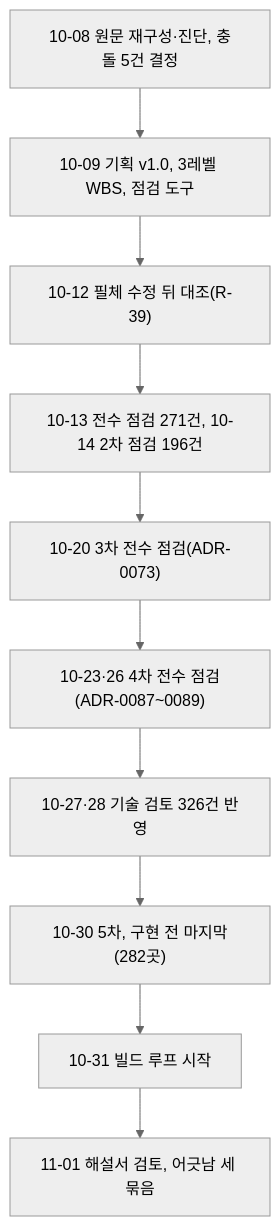
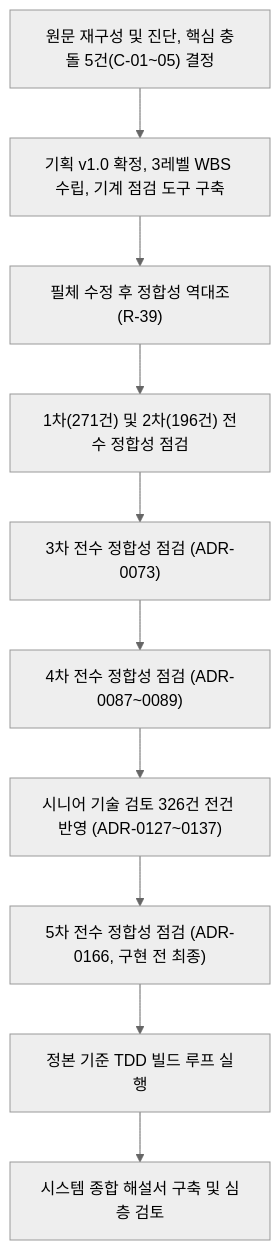
The diagram in docs/walkthrough/fields/23-plans-progress-reviews.md (peaket/peaket), drawn with Mermaid (neutral theme) before and after one commit. The commit also changed other lines of this file and 77 other files, not shown here.

First line of the commit message:
docs(walkthrough): 해설서 개편 커밋 22개를 develop에 합친다: 분야 편·결정 카드·DB 설계 편을 다시 쓴 docs/walkthrough-revamp 가지를 커밋 하나로 넣고, 충돌 난 D-02와 분야 편 9에 ADR-0243의 RB-05 건너뛰기 42만을 반영한다(R-436, ADR-0177, 소유자 결정)

````diff
--- a/docs/walkthrough/fields/23-plans-progress-reviews.md
+++ b/docs/walkthrough/fields/23-plans-progress-reviews.md
@@ -234,12 +29,12 @@
 ```mermaid
 flowchart TB
-    a["10-08 원문 재구성·진단, 충돌 5건 결정"] --> b["10-09 기획 v1.0, 3레벨 WBS, 점검 도구"]
-    b --> c["10-12 필체 수정 뒤 대조(R-39)"]
-    c --> d["10-13 전수 점검 271건, 10-14 2차 점검 196건"]
-    d --> e["10-20 3차 전수 점검(ADR-0073)"]
-    e --> f["10-23·26 4차 전수 점검(ADR-0087~0089)"]
-    f --> g["10-27·28 기술 검토 326건 반영"]
-    g --> h["10-30 5차, 구현 전 마지막(282곳)"]
-    h --> i["10-31 빌드 루프 시작"]
-    i --> j["11-01 해설서 검토, 어긋남 세 묶음"]
+    a["원문 재구성 및 진단, 핵심 충돌 5건(C-01~05) 결정"] --> b["기획 v1.0 확정, 3레벨 WBS 수립, 기계 점검 도구 구축"]
+    b --> c["필체 수정 후 정합성 역대조(R-39)"]
+    c --> d["1차(271건) 및 2차(196건) 전수 정합성 점검"]
+    d --> e["3차 전수 정합성 점검 (ADR-0073)"]
+    e --> f["4차 전수 정합성 점검 (ADR-0087~0089)"]
+    f --> g["시니어 기술 검토 326건 전건 반영 (ADR-0127~0137)"]
+    g --> h["5차 전수 정합성 점검 (ADR-0166, 구현 전 최종)"]
+    h --> i["정본 기준 TDD 빌드 루프 실행"]
+    i --> j["시스템 종합 해설서 구축 및 심층 검토"]
 ```
````
